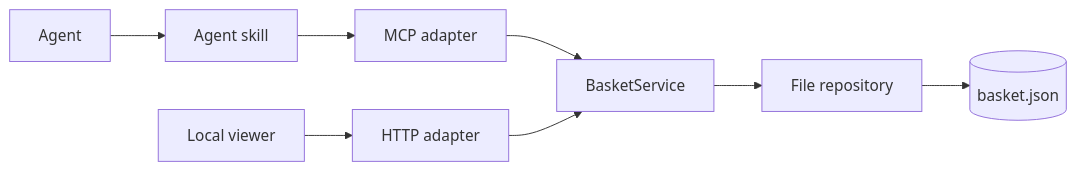
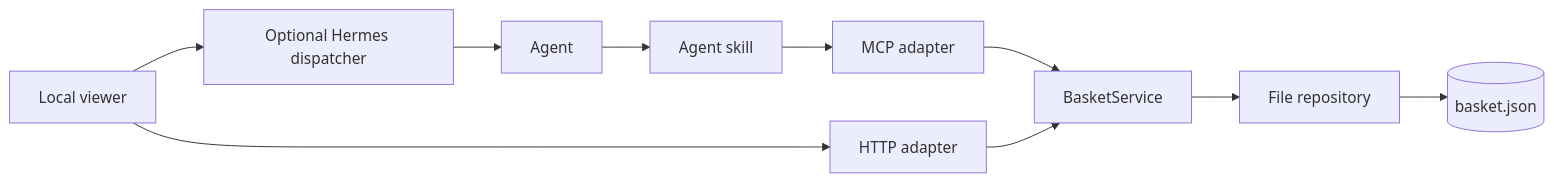
The diagram in docs/ARCHITECTURE.md (gordo-labs/mcpbasket), drawn with Mermaid before and after one commit. The commit also changed other lines of this file and 21 other files, not shown here.

````diff
--- a/docs/ARCHITECTURE.md
+++ b/docs/ARCHITECTURE.md
@@ -29,10 +29,12 @@
 ```mermaid
 flowchart LR
   A[Agent] --> S[Agent skill]
   S --> M[MCP adapter]
   M --> B[BasketService]
   H[HTTP adapter] --> B
   B --> R[File repository]
   R --> J[(basket.json)]
   W[Local viewer] --> H
+  W --> D[Optional Hermes dispatcher]
+  D --> A
 ```
````
